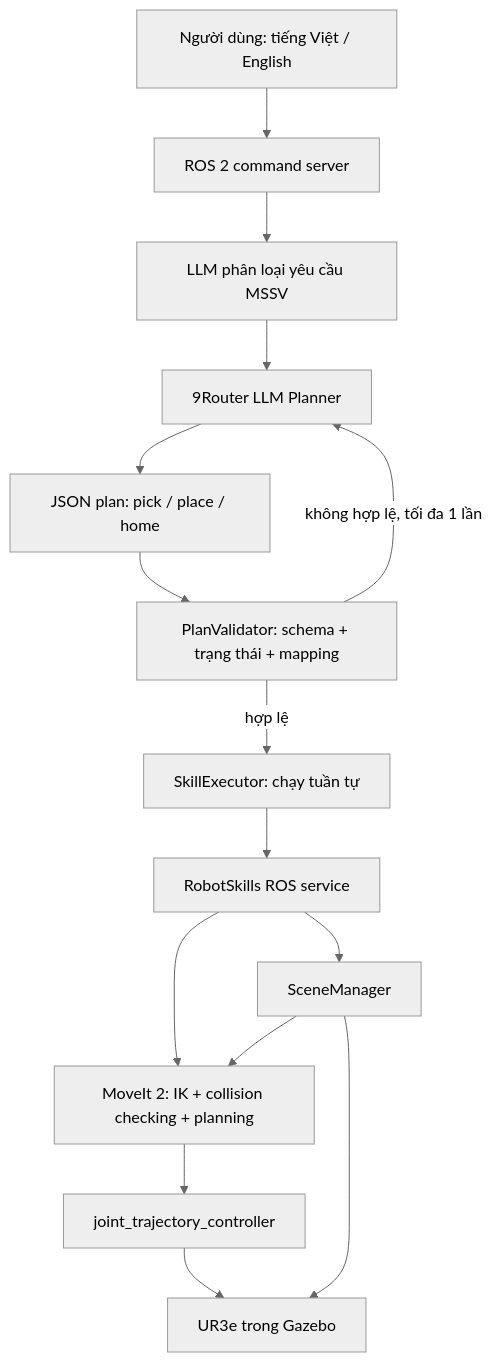
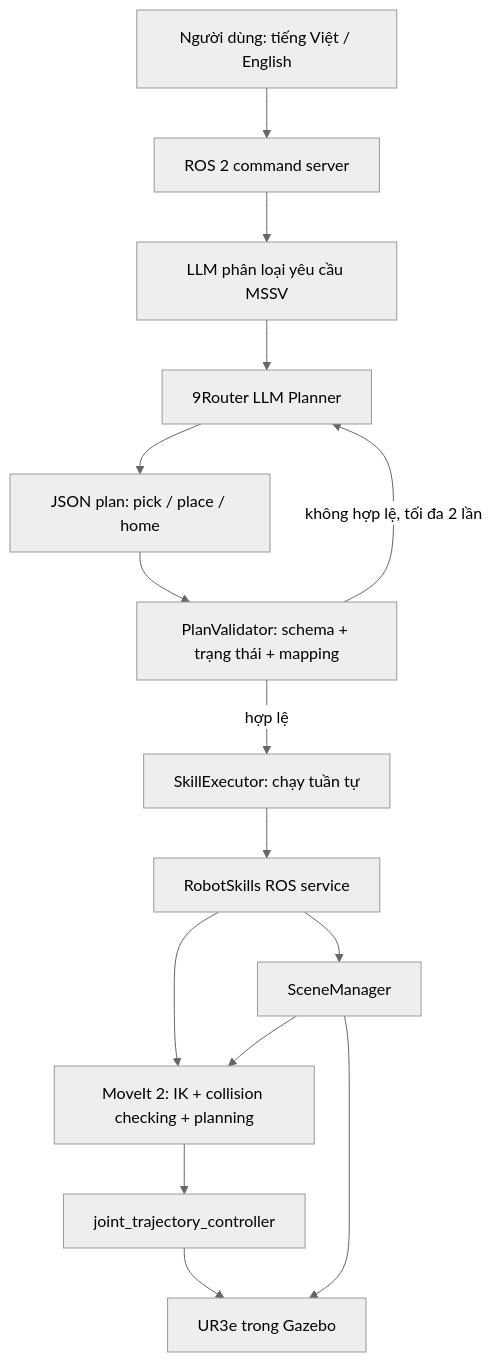
One commit to kieudung12/HRI_k68e-re changed the diagram in README.md. Above: the diagram before and after it, drawn with Mermaid (neutral theme). The commit also changed other lines of this file and 7 other files, not shown here.

````diff
--- a/README.md
+++ b/README.md
@@ -19,17 +19,17 @@
 ```mermaid
 flowchart TD
   U[Người dùng: tiếng Việt / English] --> C[ROS 2 command server]
   C --> I[LLM phân loại yêu cầu MSSV]
   I --> L[9Router LLM Planner]
   L --> J[JSON plan: pick / place / home]
   J --> V[PlanValidator: schema + trạng thái + mapping]
   V -->|hợp lệ| E[SkillExecutor: chạy tuần tự]
-  V -->|không hợp lệ, tối đa 1 lần| L
+  V -->|không hợp lệ, tối đa 2 lần| L
   E --> R[RobotSkills ROS service]
   R --> M[MoveIt 2: IK + collision checking + planning]
   M --> T[joint_trajectory_controller]
   T --> G[UR3e trong Gazebo]
   R --> S[SceneManager]
   S --> M
   S --> G
 ```
````
